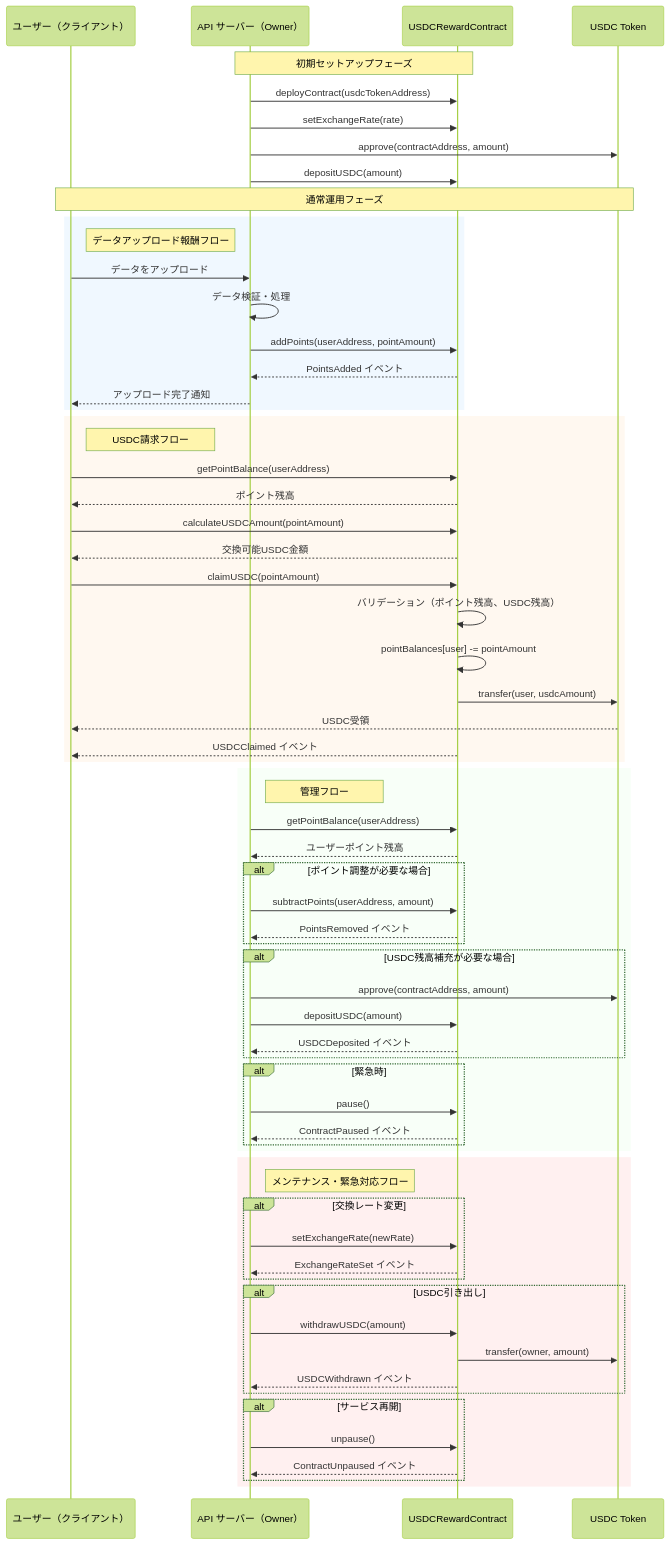
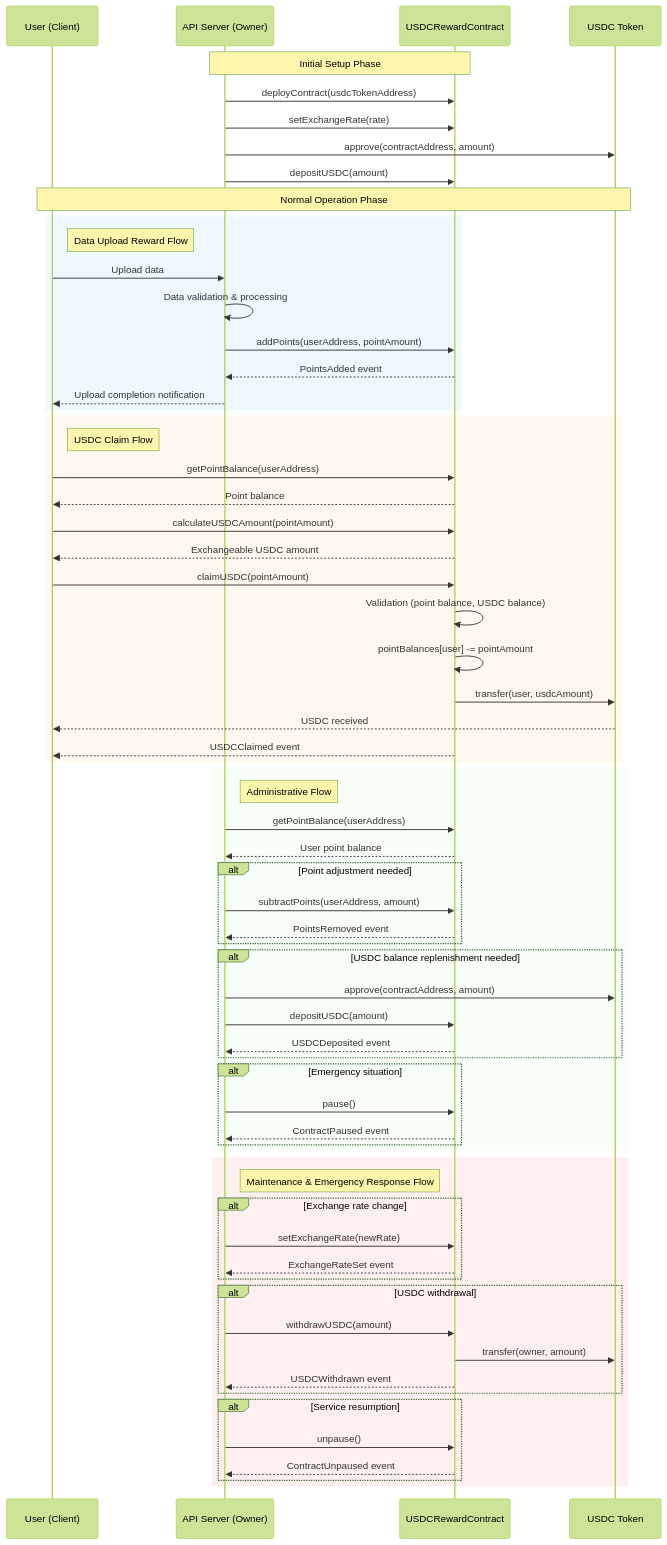
Before and after one commit to Heterod0x/oto_ios_testflight: the diagram in contract/docs/sequence.md, drawn with Mermaid (forest theme). The commit also changed 7 other files, not shown here.

````diff
--- a/contract/docs/sequence.md
+++ b/contract/docs/sequence.md
@@ -1,80 +1,79 @@
 ```mermaid
 sequenceDiagram
-participant User as ユーザー（クライアント）
-participant API as API サーバー（Owner）
+participant User as User (Client)
+participant API as API Server (Owner)
 participant Contract as USDCRewardContract
 participant USDC as USDC Token
 
-    Note over API, Contract: 初期セットアップフェーズ
+    Note over API, Contract: Initial Setup Phase
     API->>Contract: deployContract(usdcTokenAddress)
     API->>Contract: setExchangeRate(rate)
     API->>USDC: approve(contractAddress, amount)
     API->>Contract: depositUSDC(amount)
 
-    Note over User, USDC: 通常運用フェーズ
+    Note over User, USDC: Normal Operation Phase
 
     rect rgb(240, 248, 255)
-        Note right of User: データアップロード報酬フロー
-        User->>API: データをアップロード
-        API->>API: データ検証・処理
+        Note right of User: Data Upload Reward Flow
+        User->>API: Upload data
+        API->>API: Data validation & processing
         API->>Contract: addPoints(userAddress, pointAmount)
-        Contract-->>API: PointsAdded イベント
-        API-->>User: アップロード完了通知
+        Contract-->>API: PointsAdded event
+        API-->>User: Upload completion notification
     end
 
     rect rgb(255, 248, 240)
-        Note right of User: USDC請求フロー
+        Note right of User: USDC Claim Flow
         User->>Contract: getPointBalance(userAddress)
-        Contract-->>User: ポイント残高
+        Contract-->>User: Point balance
         User->>Contract: calculateUSDCAmount(pointAmount)
-        Contract-->>User: 交換可能USDC金額
+        Contract-->>User: Exchangeable USDC amount
         User->>Contract: claimUSDC(pointAmount)
-        Contract->>Contract: バリデーション（ポイント残高、USDC残高）
+        Contract->>Contract: Validation (point balance, USDC balance)
         Contract->>Contract: pointBalances[user] -= pointAmount
         Contract->>USDC: transfer(user, usdcAmount)
-        USDC-->>User: USDC受領
-        Contract-->>User: USDCClaimed イベント
+        USDC-->>User: USDC received
+        Contract-->>User: USDCClaimed event
     end
 
     rect rgb(248, 255, 248)
-        Note right of API: 管理フロー
+        Note right of API: Administrative Flow
         API->>Contract: getPointBalance(userAddress)
-        Contract-->>API: ユーザーポイント残高
+        Contract-->>API: User point balance
 
-        alt ポイント調整が必要な場合
+        alt Point adjustment needed
             API->>Contract: subtractPoints(userAddress, amount)
-            Contract-->>API: PointsRemoved イベント
+            Contract-->>API: PointsRemoved event
         end
 
-        alt USDC残高補充が必要な場合
+        alt USDC balance replenishment needed
             API->>USDC: approve(contractAddress, amount)
             API->>Contract: depositUSDC(amount)
-            Contract-->>API: USDCDeposited イベント
+            Contract-->>API: USDCDeposited event
         end
 
-        alt 緊急時
+        alt Emergency situation
             API->>Contract: pause()
-            Contract-->>API: ContractPaused イベント
+            Contract-->>API: ContractPaused event
         end
     end
 
     rect rgb(255, 240, 240)
-        Note right of API: メンテナンス・緊急対応フロー
-        alt 交換レート変更
+        Note right of API: Maintenance & Emergency Response Flow
+        alt Exchange rate change
             API->>Contract: setExchangeRate(newRate)
-            Contract-->>API: ExchangeRateSet イベント
+            Contract-->>API: ExchangeRateSet event
         end
 
-        alt USDC引き出し
+        alt USDC withdrawal
             API->>Contract: withdrawUSDC(amount)
             Contract->>USDC: transfer(owner, amount)
-            Contract-->>API: USDCWithdrawn イベント
+            Contract-->>API: USDCWithdrawn event
         end
 
-        alt サービス再開
+        alt Service resumption
             API->>Contract: unpause()
-            Contract-->>API: ContractUnpaused イベント
+            Contract-->>API: ContractUnpaused event
         end
     end
-
 ```
````
